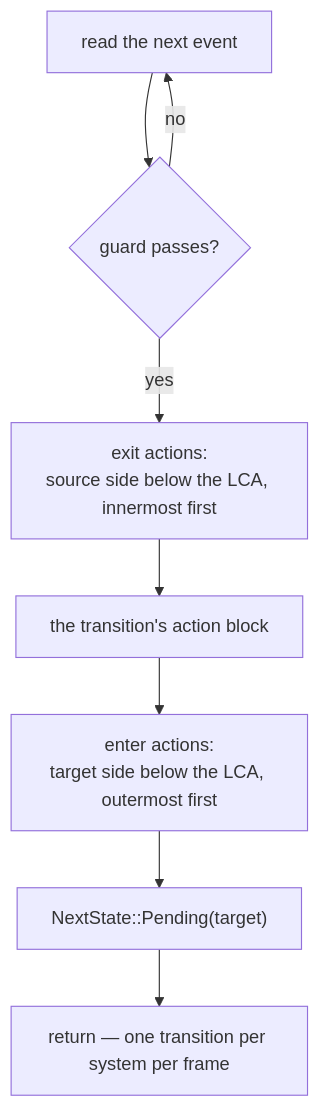
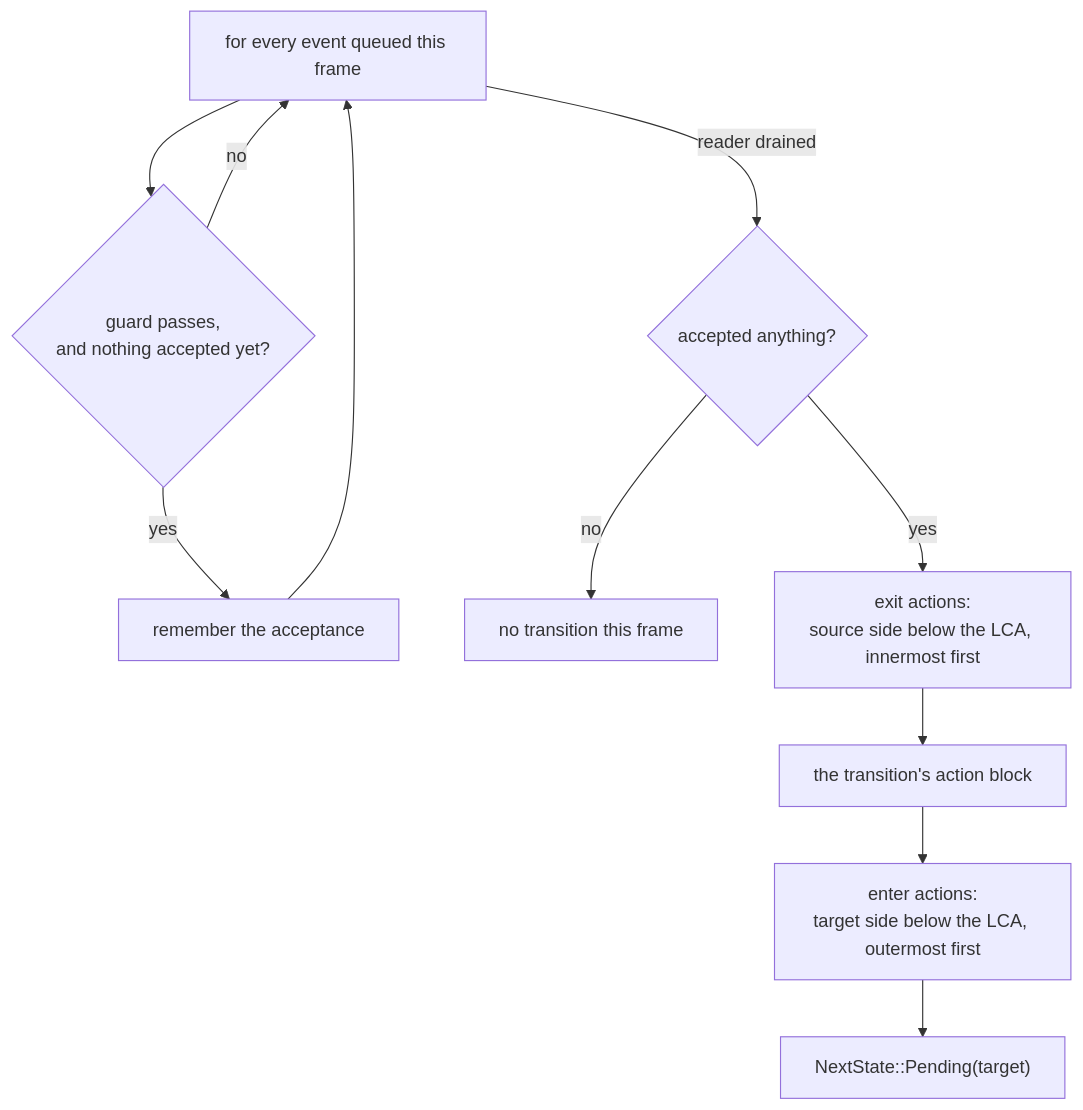
One commit to bluesteelll/boyko-engine changed the diagram in book/src/aether/state-machines.md. Above: the diagram before and after it, drawn with Mermaid. The commit also changed other lines of this file and 4 other files, not shown here.

````diff
--- a/book/src/aether/state-machines.md
+++ b/book/src/aether/state-machines.md
@@ -138,10 +148,13 @@
 ```mermaid
 flowchart TD
-    R["read the next event"] --> G{"guard passes?"}
-    G -- no --> R
-    G -- yes --> X["exit actions:<br/>source side below the LCA, innermost first"]
+    S["for every event queued this frame"] --> G{"guard passes,<br/>and nothing accepted yet?"}
+    G -- no --> S
+    G -- yes --> M["remember the acceptance"]
+    M --> S
+    S -- reader drained --> F{"accepted anything?"}
+    F -- no --> Q["no transition this frame"]
+    F -- yes --> X["exit actions:<br/>source side below the LCA, innermost first"]
     X --> A["the transition's action block"]
     A --> N["enter actions:<br/>target side below the LCA, outermost first"]
     N --> P["NextState::Pending(target)"]
-    P --> S["return — one transition per system per frame"]
 ```
````
